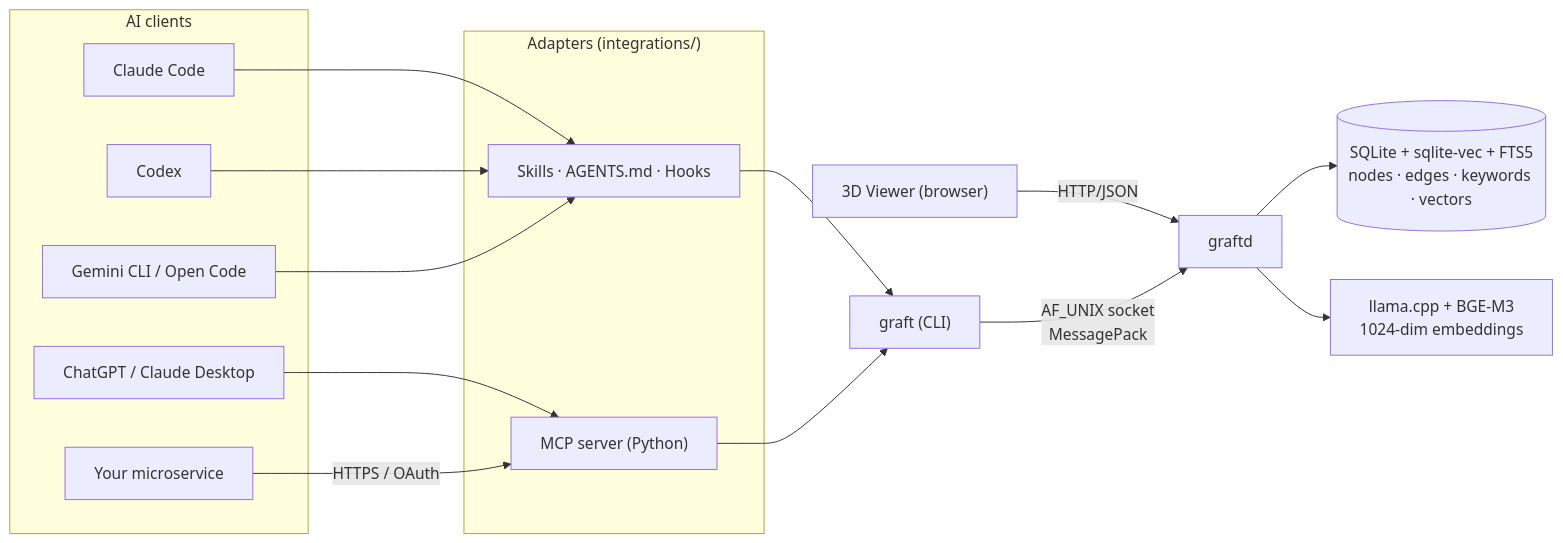
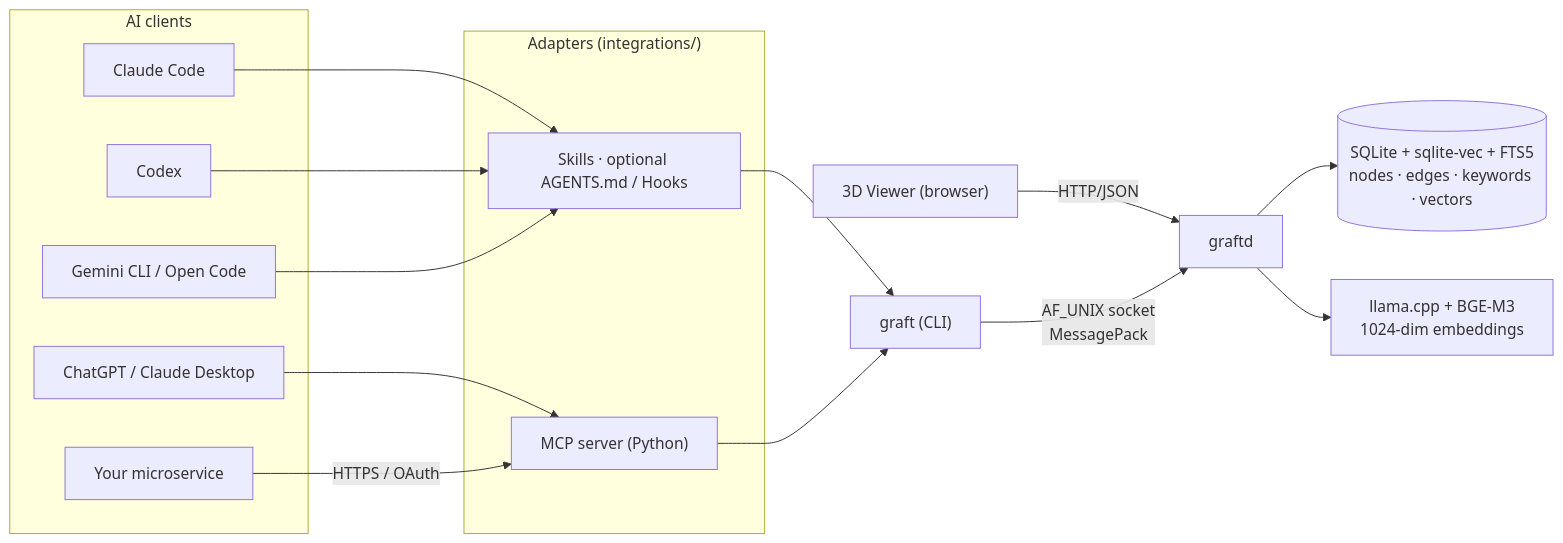
Before and after one commit to AEndrix03/Graft: the diagram in README.md, drawn with Mermaid. The commit also changed other lines of this file and 8 other files, not shown here.

````diff
--- a/README.md
+++ b/README.md
@@ -297,29 +297,29 @@
 ```mermaid
 flowchart LR
     subgraph Clients["AI clients"]
       A1["Claude Code"]
       A2["Codex"]
       A3["ChatGPT / Claude Desktop"]
       A4["Gemini CLI / Open Code"]
       A5["Your microservice"]
     end
 
     subgraph Adapters["Adapters (integrations/)"]
-      S["Skills · AGENTS.md · Hooks"]
+      S["Skills · optional AGENTS.md / Hooks"]
       M["MCP server (Python)"]
     end
 
     Browser["3D Viewer (browser)"]
 
     A1 --> S
     A2 --> S
     A4 --> S
     A3 --> M
     A5 -->|HTTPS / OAuth| M
     S --> CLI["graft (CLI)"]
     M --> CLI
     Browser -->|HTTP/JSON| Daemon
     CLI -->|AF_UNIX socket<br/>MessagePack| Daemon["graftd"]
     Daemon --> Storage[("SQLite + sqlite-vec + FTS5<br/>nodes · edges · keywords · vectors")]
     Daemon --> Embed["llama.cpp + BGE-M3<br/>1024-dim embeddings"]
 ```
````
